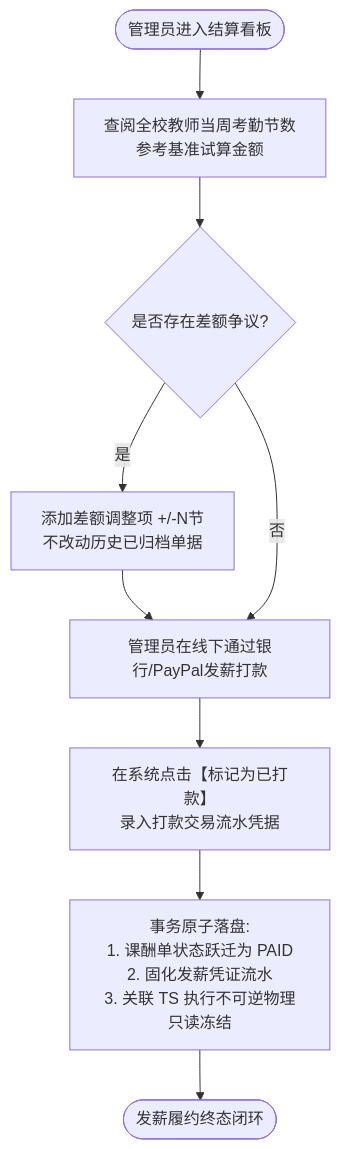
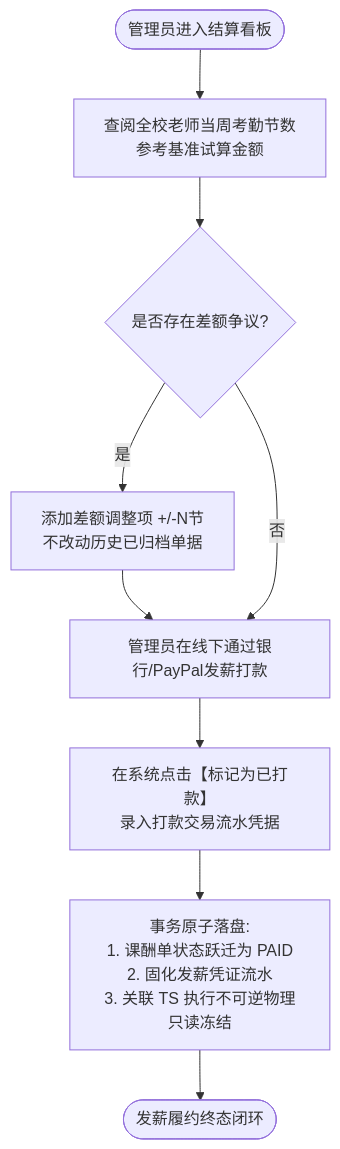
Before and after one commit to Onezao/dream: the fourth of 4 diagrams in docs/prd/m5b_weekly_settlement.md, drawn with Mermaid. The commit also changed other lines of this file and 37 other files, not shown here.

````diff
--- a/docs/prd/m5b_weekly_settlement.md
+++ b/docs/prd/m5b_weekly_settlement.md
@@ -315,11 +311,11 @@
 ```mermaid
 flowchart TD
-    AdminLogin([管理员进入结算看板]) --> ReviewGrid["查阅全校教师当周考勤节数\n参考基准试算金额"]
+    AdminLogin([管理员进入结算看板]) --> ReviewGrid["查阅全校老师当周考勤节数\n参考基准试算金额"]
     ReviewGrid --> HasDispute{是否存在差额争议?}
     HasDispute -- 是 --> AddAdjust["添加差额调整项 +/-N节\n不改动历史已归档单据"]
     AddAdjust --> OfflineTransfer
     HasDispute -- 否 --> OfflineTransfer[管理员在线下通过银行/PayPal发薪打款]
     OfflineTransfer --> MarkPaid["在系统点击【标记为已打款】\n录入打款交易流水凭据"]
     MarkPaid --> AtomicFreeze["事务原子落盘:\n1. 课酬单状态跃迁为 PAID\n2. 固化发薪凭证流水\n3. 关联 TS 执行不可逆物理只读冻结"]
     AtomicFreeze --> FinalSuccess([发薪履约终态闭环])
 ```
````
